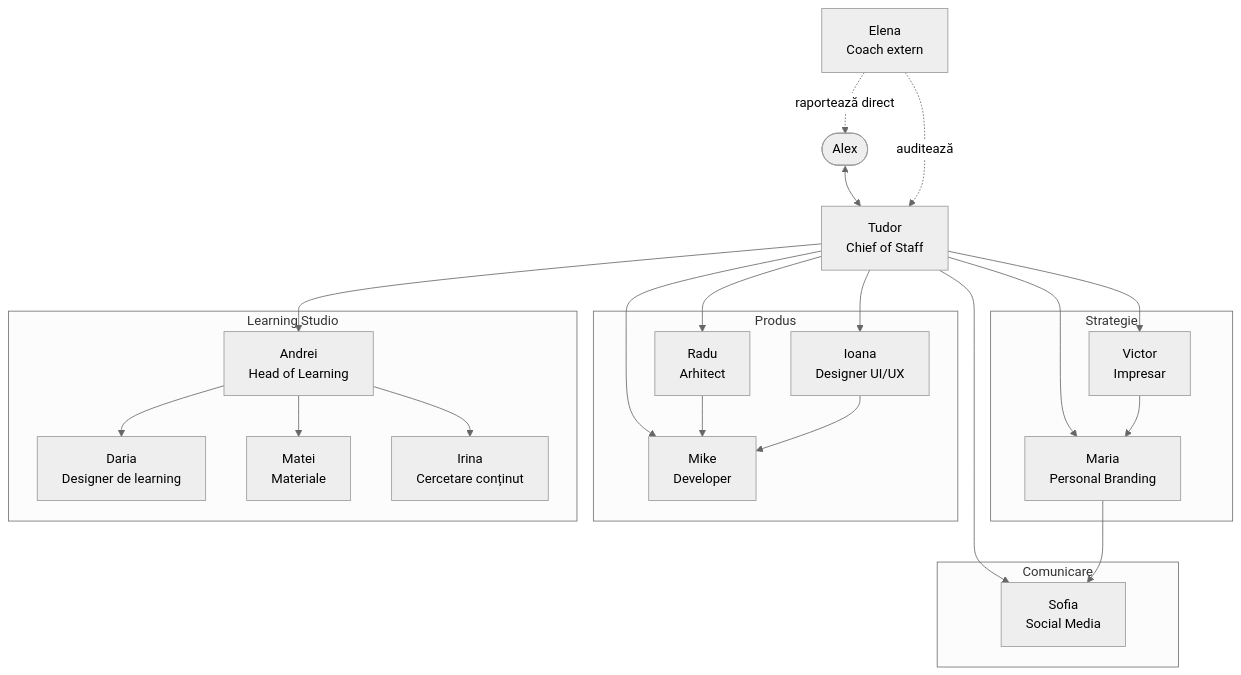
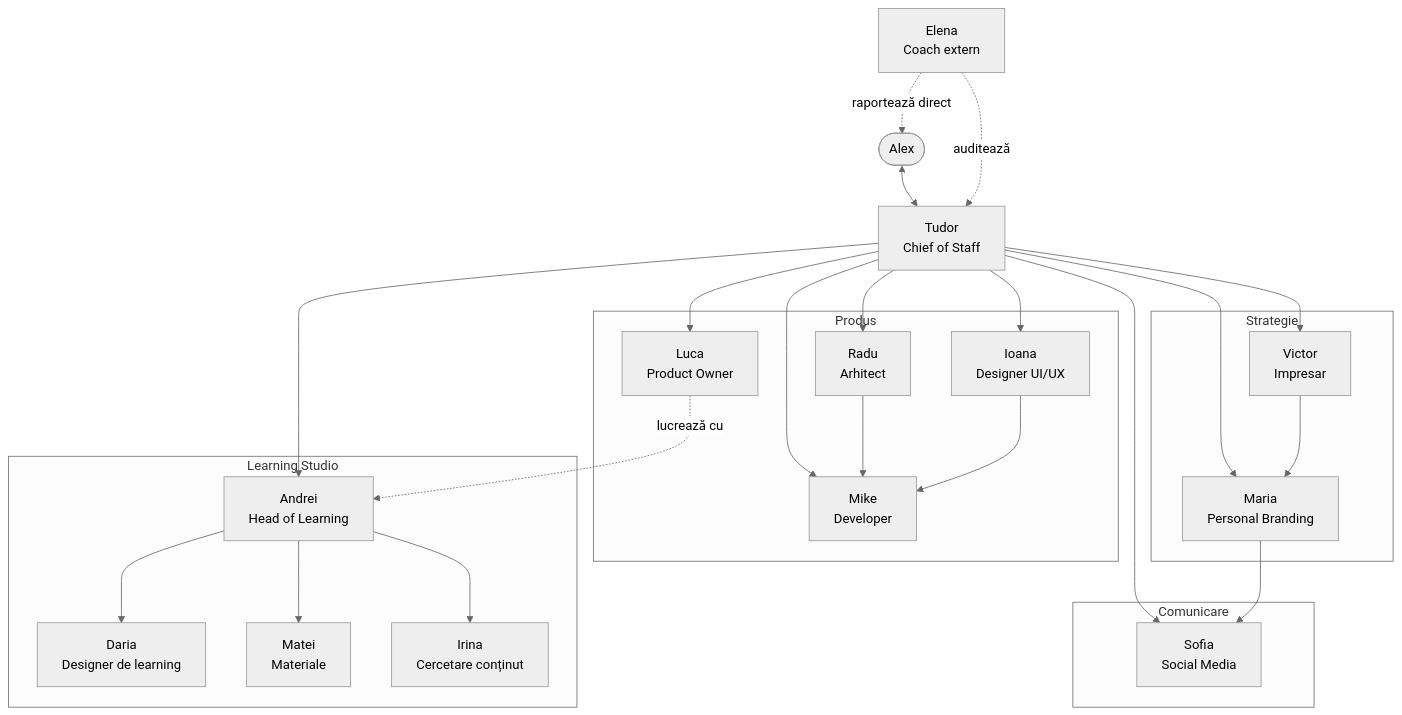
The diagram in ECHIPA.md (alexandrumolea/AgentsTeam), drawn with Mermaid (neutral theme) before and after one commit. The commit also changed other lines of this file and 9 other files, not shown here.

Commit message:
D-083: agent nou Luca, Product Owner; I-024 Atelierul de reinventare

````diff
--- a/ECHIPA.md
+++ b/ECHIPA.md
@@ -8,33 +8,35 @@
 ```mermaid
 flowchart TD
   ALEX([Alex])
   TUDOR[Tudor<br/>Chief of Staff]
   ELENA[Elena<br/>Coach extern]
   subgraph Strategie
     MARIA[Maria<br/>Personal Branding]
     VICTOR[Victor<br/>Impresar]
   end
   subgraph Produs
     RADU[Radu<br/>Arhitect]
     IOANA[Ioana<br/>Designer UI/UX]
     MIKE[Mike<br/>Developer]
+    LUCA[Luca<br/>Product Owner]
   end
   subgraph Comunicare
     SOFIA[Sofia<br/>Social Media]
   end
   subgraph LS["Learning Studio"]
     ANDREI[Andrei<br/>Head of Learning]
     DARIA[Daria<br/>Designer de learning]
     MATEI[Matei<br/>Materiale]
     IRINA[Irina<br/>Cercetare conținut]
   end
   ALEX <--> TUDOR
-  TUDOR --> MARIA & VICTOR & RADU & IOANA & MIKE & SOFIA & ANDREI
+  TUDOR --> MARIA & VICTOR & RADU & IOANA & MIKE & SOFIA & ANDREI & LUCA
+  LUCA -. lucrează cu .-> ANDREI
   ANDREI --> DARIA & MATEI & IRINA
   ELENA -. auditează .-> TUDOR
   ELENA -. raportează direct .-> ALEX
   RADU --> MIKE
   IOANA --> MIKE
   MARIA --> SOFIA
   VICTOR --> MARIA
 ```
````
